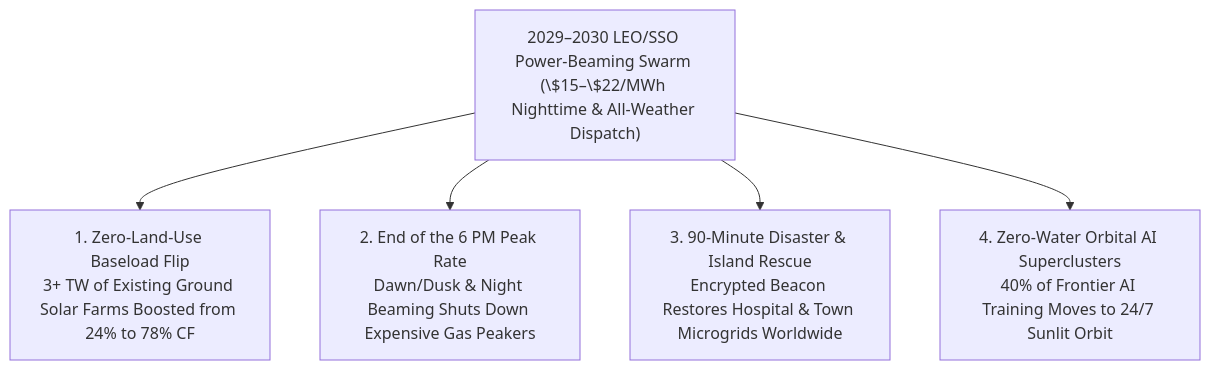
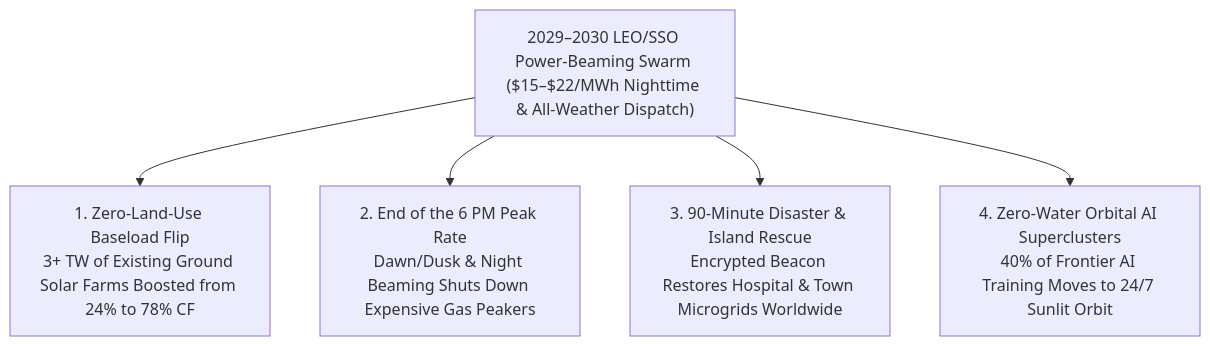
The second of 2 diagrams in vision-shorter-02-abundant-energy/02-space-solar/REPORT.md (d-10-g/OneOfMany), drawn with Mermaid before and after one commit. The commit also changed other lines of this file and 23 other files, not shown here.

Commit message:
Fix Mermaid multi-subgraph blank-line parsing and KaTeX dollar escaping across all 85 pathways

````diff
--- a/vision-shorter-02-abundant-energy/02-space-solar/REPORT.md
+++ b/vision-shorter-02-abundant-energy/02-space-solar/REPORT.md
@@ -115,8 +115,8 @@
 ```mermaid
 flowchart TD
-    Orb["2029–2030 LEO/SSO Power-Beaming Swarm (\$15–\$22/MWh Nighttime & All-Weather Dispatch)"]
+    Orb["2029–2030 LEO/SSO Power-Beaming Swarm ($15–$22/MWh Nighttime & All-Weather Dispatch)"]
     Orb --> S1["1. Zero-Land-Use Baseload Flip<br>3+ TW of Existing Ground Solar Farms Boosted from 24% to 78% CF"]
     Orb --> S2["2. End of the 6 PM Peak Rate<br>Dawn/Dusk & Night Beaming Shuts Down Expensive Gas Peakers"]
     Orb --> S3["3. 90-Minute Disaster & Island Rescue<br>Encrypted Beacon Restores Hospital & Town Microgrids Worldwide"]
     Orb --> S4["4. Zero-Water Orbital AI Superclusters<br>40% of Frontier AI Training Moves to 24/7 Sunlit Orbit"]
 ```
````
